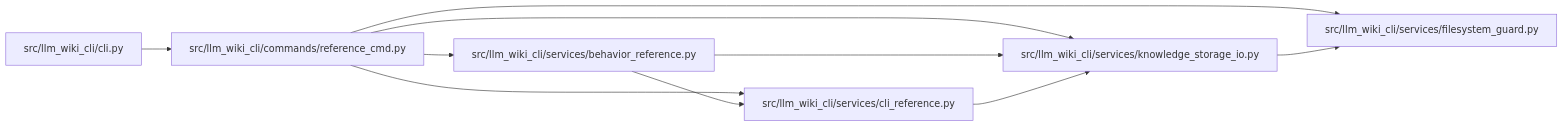
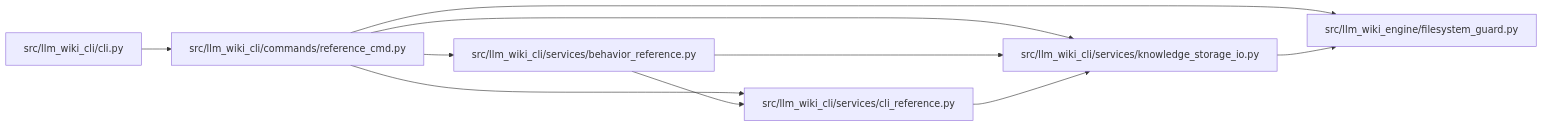
The diagram in docs/llm_wiki/modules/reference_cmd.md (Denissvgn/python-wiki-llm), drawn with Mermaid before and after one commit. The commit also changed other lines of this file and 739 other files, not shown here.

First line of the commit message:
docs: refresh the wiki for the second engine batch

````diff
--- a/docs/llm_wiki/modules/reference_cmd.md
+++ b/docs/llm_wiki/modules/reference_cmd.md
@@ -25,24 +25,24 @@
 ```mermaid
 flowchart LR
     n0["src/llm_wiki_cli/cli.py"]
     n1["src/llm_wiki_cli/commands/reference_cmd.py"]
     n2["src/llm_wiki_cli/services/behavior_reference.py"]
     n3["src/llm_wiki_cli/services/cli_reference.py"]
-    n4["src/llm_wiki_cli/services/filesystem_guard.py"]
-    n5["src/llm_wiki_cli/services/knowledge_storage_io.py"]
+    n4["src/llm_wiki_cli/services/knowledge_storage_io.py"]
+    n5["src/llm_wiki_engine/filesystem_guard.py"]
     n0 --> n1
     n1 --> n2
     n1 --> n3
     n1 --> n4
     n1 --> n5
     n2 --> n3
-    n2 --> n5
-    n3 --> n5
-    n5 --> n4
+    n2 --> n4
+    n3 --> n4
+    n4 --> n5
     click n0 "../modules/cli.md"
     click n1 "../modules/reference_cmd.md"
     click n2 "../modules/behavior_reference.md"
     click n3 "../modules/cli_reference.md"
-    click n4 "../modules/filesystem_guard.md"
-    click n5 "../modules/knowledge_storage_io.md"
+    click n4 "../modules/knowledge_storage_io.md"
+    click n5 "../modules/filesystem_guard.md"
 ```
````
